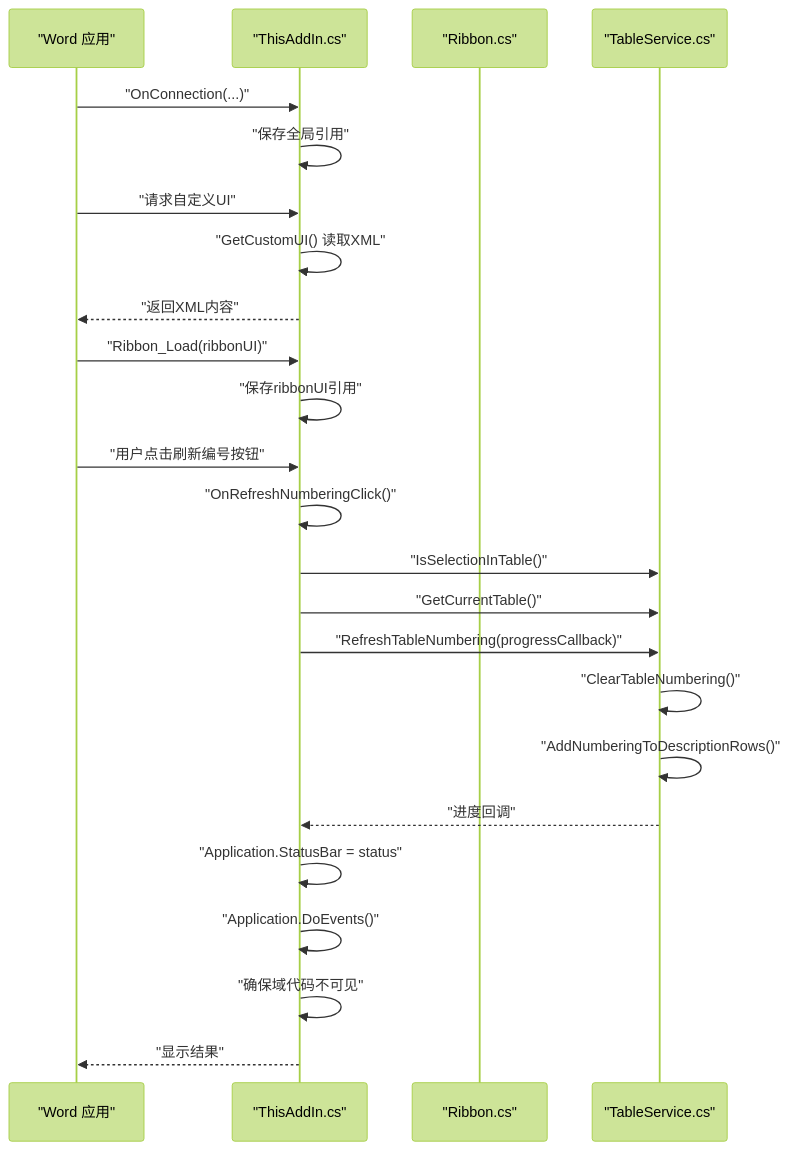
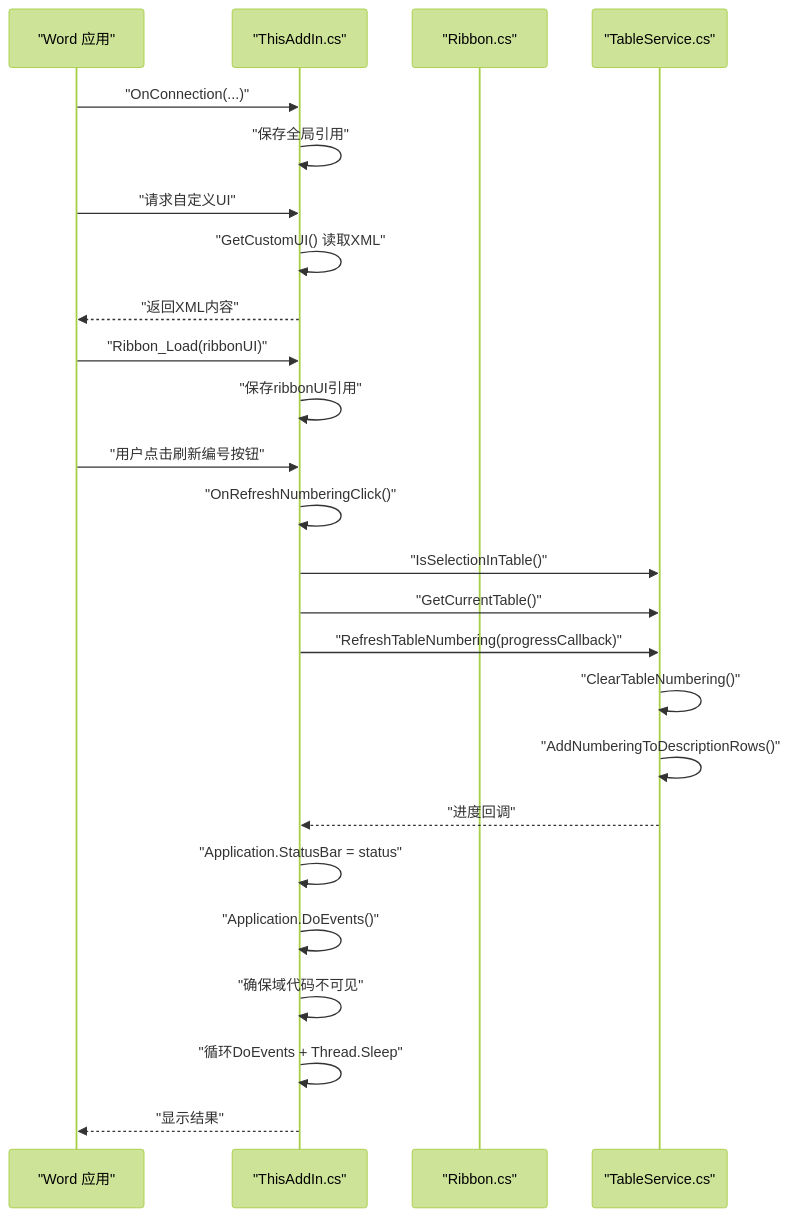
One commit to rainiva/WordTools changed the fifth of 13 diagrams in .qoder/repowiki/zh/content/架构设计/Ribbon界面系统.md. Above: the diagram before and after it, drawn with Mermaid (forest theme). The commit also changed other lines of this file and 5 other files, not shown here.

````diff
--- a/.qoder/repowiki/zh/content/架构设计/Ribbon界面系统.md
+++ b/.qoder/repowiki/zh/content/架构设计/Ribbon界面系统.md
@@ -214,26 +223,27 @@
 ```mermaid
 sequenceDiagram
 participant Word as "Word 应用"
 participant AddIn as "ThisAddIn.cs"
 participant Ribbon as "Ribbon.cs"
 participant TableService as "TableService.cs"
 Word->>AddIn : "OnConnection(...)"
 AddIn->>AddIn : "保存全局引用"
 Word->>AddIn : "请求自定义UI"
 AddIn->>AddIn : "GetCustomUI() 读取XML"
 AddIn-->>Word : "返回XML内容"
 Word->>AddIn : "Ribbon_Load(ribbonUI)"
 AddIn->>AddIn : "保存ribbonUI引用"
 Word->>AddIn : "用户点击刷新编号按钮"
 AddIn->>AddIn : "OnRefreshNumberingClick()"
 AddIn->>TableService : "IsSelectionInTable()"
 AddIn->>TableService : "GetCurrentTable()"
 AddIn->>TableService : "RefreshTableNumbering(progressCallback)"
 TableService->>TableService : "ClearTableNumbering()"
 TableService->>TableService : "AddNumberingToDescriptionRows()"
 TableService-->>AddIn : "进度回调"
 AddIn->>AddIn : "Application.StatusBar = status"
 AddIn->>AddIn : "Application.DoEvents()"
 AddIn->>AddIn : "确保域代码不可见"
+AddIn->>AddIn : "循环DoEvents + Thread.Sleep"
 AddIn-->>Word : "显示结果"
 ```
````
